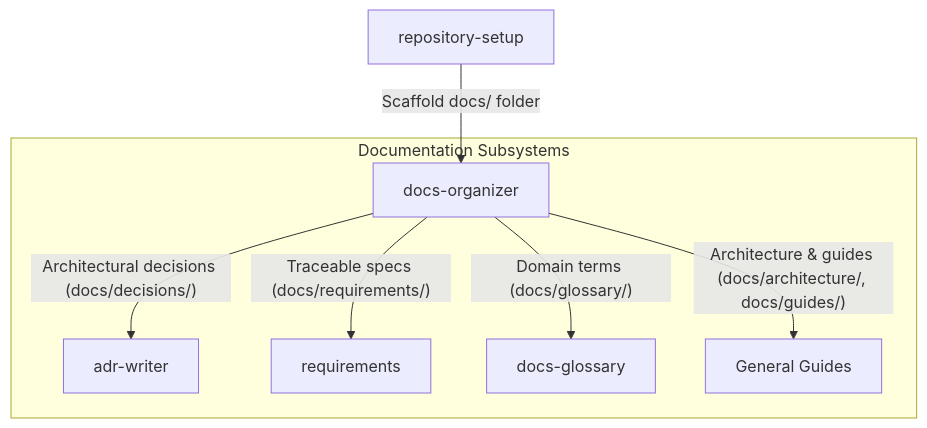
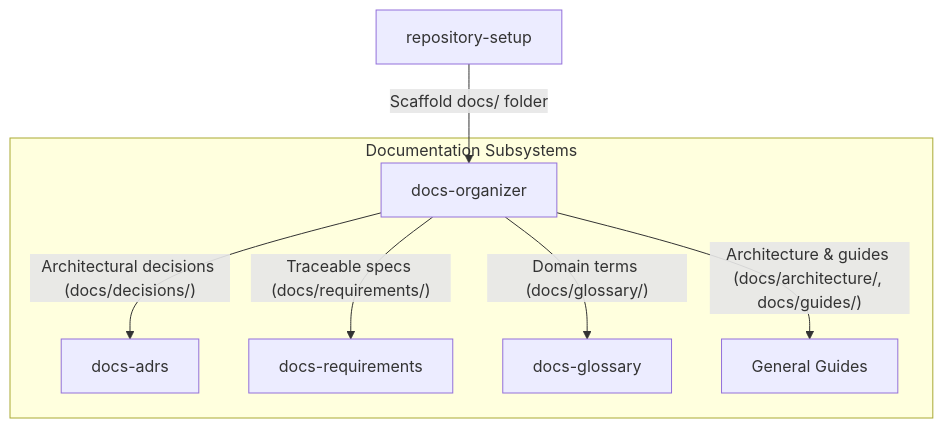
The diagram in skills/docs-organizer/SKILL.md (InAnYan/ai-instructions), drawn with Mermaid before and after one commit. The commit also changed other lines of this file and 14 other files, not shown here.

Commit message:
Adopt Scheme 1: rename adr-writer to docs-adrs and requirements to docs-requirements

````diff
--- a/skills/docs-organizer/SKILL.md
+++ b/skills/docs-organizer/SKILL.md
@@ -19,11 +19,11 @@
 ```mermaid
 flowchart TD
     RepoSetup["repository-setup"] -->|"Scaffold docs/ folder"| DocsOrg["docs-organizer"]
     
     subgraph DocsSubsystems["Documentation Subsystems"]
-        DocsOrg -->|"Architectural decisions (docs/decisions/)"| ADR["adr-writer"]
-        DocsOrg -->|"Traceable specs (docs/requirements/)"| REQ["requirements"]
+        DocsOrg -->|"Architectural decisions (docs/decisions/)"| ADR["docs-adrs"]
+        DocsOrg -->|"Traceable specs (docs/requirements/)"| REQ["docs-requirements"]
         DocsOrg -->|"Domain terms (docs/glossary/)"| GLOSS["docs-glossary"]
         DocsOrg -->|"Architecture & guides (docs/architecture/, docs/guides/)"| GENERAL["General Guides"]
     end
 ```
````
